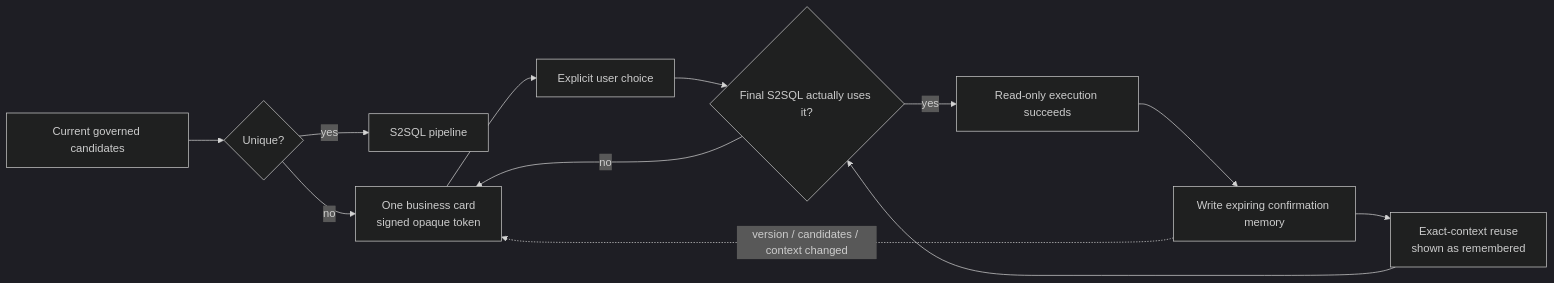
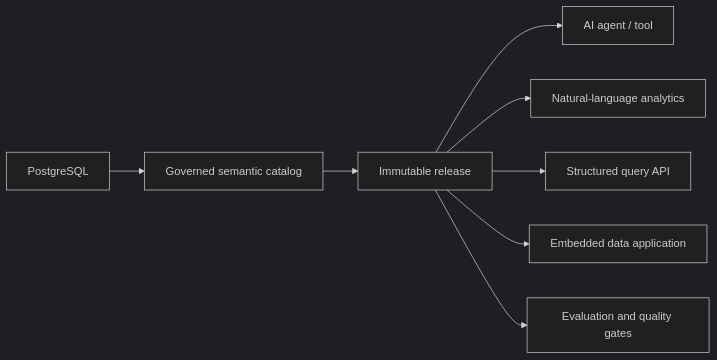
One commit to knowflow-ai/analytics changed the diagram in README.en.md. Above: the diagram before and after it, drawn with Mermaid (dark theme). The commit also changed other lines of this file and 1 other file, not shown here.

Commit message:
docs: refocus README on the reusable semantic layer

````diff
--- a/README.en.md
+++ b/README.en.md
@@ -460,14 +78,10 @@
 ```mermaid
-flowchart LR
-    Q["Current governed candidates"] --> U{"Unique?"}
-    U -->|yes| P["S2SQL pipeline"]
-    U -->|no| H["One business card<br/>signed opaque token"]
-    H --> C["Explicit user choice"]
-    C --> S{"Final S2SQL actually uses it?"}
-    S -->|no| H
-    S -->|yes| E["Read-only execution succeeds"]
-    E --> M["Write expiring confirmation memory"]
-    M --> R["Exact-context reuse<br/>shown as remembered"]
-    R --> S
-    M -. "version / candidates / context changed" .-> H
+graph LR
+    DB["PostgreSQL"] --> C["Governed semantic catalog"]
+    C --> R["Immutable release"]
+    R --> A["AI agent / tool"]
+    R --> N["Natural-language analytics"]
+    R --> S["Structured query API"]
+    R --> E["Embedded data application"]
+    R --> Q["Evaluation and quality gates"]
 ```
````
